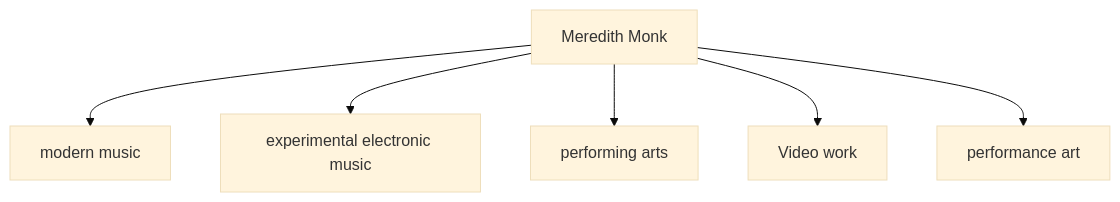
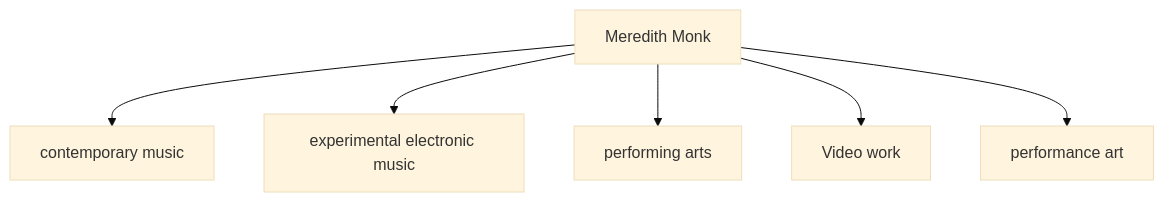
The fifth of 5 diagrams in en/_posts/2026-05-30-column-meredith-monk.md (monumental-movement/monumental-movement.github.io), drawn with Mermaid (base theme) before and after one commit. The commit also changed other lines of this file and 423 other files, not shown here.

```diff
--- a/en/_posts/2026-05-30-column-meredith-monk.md
+++ b/en/_posts/2026-05-30-column-meredith-monk.md
@@ -277,8 +277,8 @@
 <div class="mermaid">
 graph TD
-A[Meredith Monk] --> B[modern music]
+A[Meredith Monk] --> B[contemporary music]
 A --> C[experimental electronic music]
 A --> D[performing arts]
 A --> E[Video work]
 A --> F[performance art]
 </div>
```
